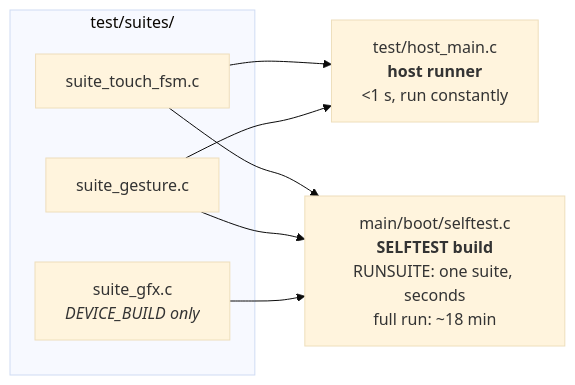
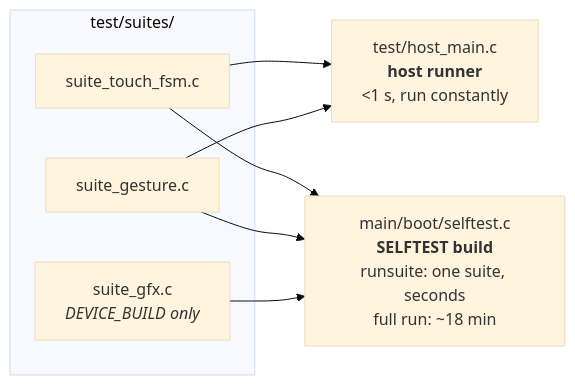
The first of 3 diagrams in docs/Testing-Guide.md (jose-villegas/autana), drawn with Mermaid (base theme) before and after one commit. The commit also changed other lines of this file and 16 other files, not shown here.

````diff
--- a/docs/Testing-Guide.md
+++ b/docs/Testing-Guide.md
@@ -93,11 +93,11 @@
 ```mermaid
 flowchart LR
     subgraph shared["test/suites/"]
         S1["suite_touch_fsm.c"]
         S2["suite_gesture.c"]
         S3["suite_gfx.c<br/><i>DEVICE_BUILD only</i>"]
     end
 
     S1 & S2 --> HOST["test/host_main.c<br/><b>host runner</b><br/>&lt;1 s, run constantly"]
-    S1 & S2 & S3 --> DEV["main/boot/selftest.c<br/><b>SELFTEST build</b><br/>RUNSUITE: one suite, seconds<br/>full run: ~18 min"]
+    S1 & S2 & S3 --> DEV["main/boot/selftest.c<br/><b>SELFTEST build</b><br/>runsuite: one suite, seconds<br/>full run: ~18 min"]
 ```
````
